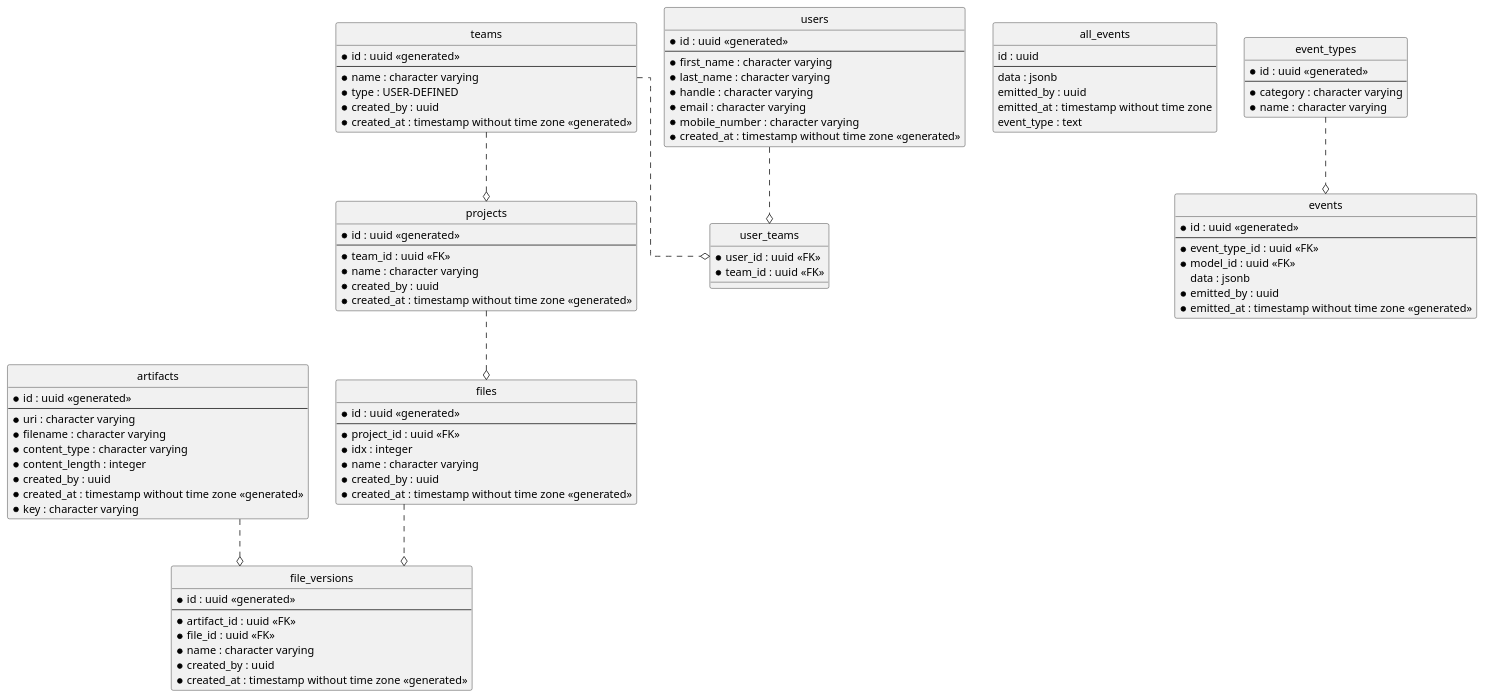
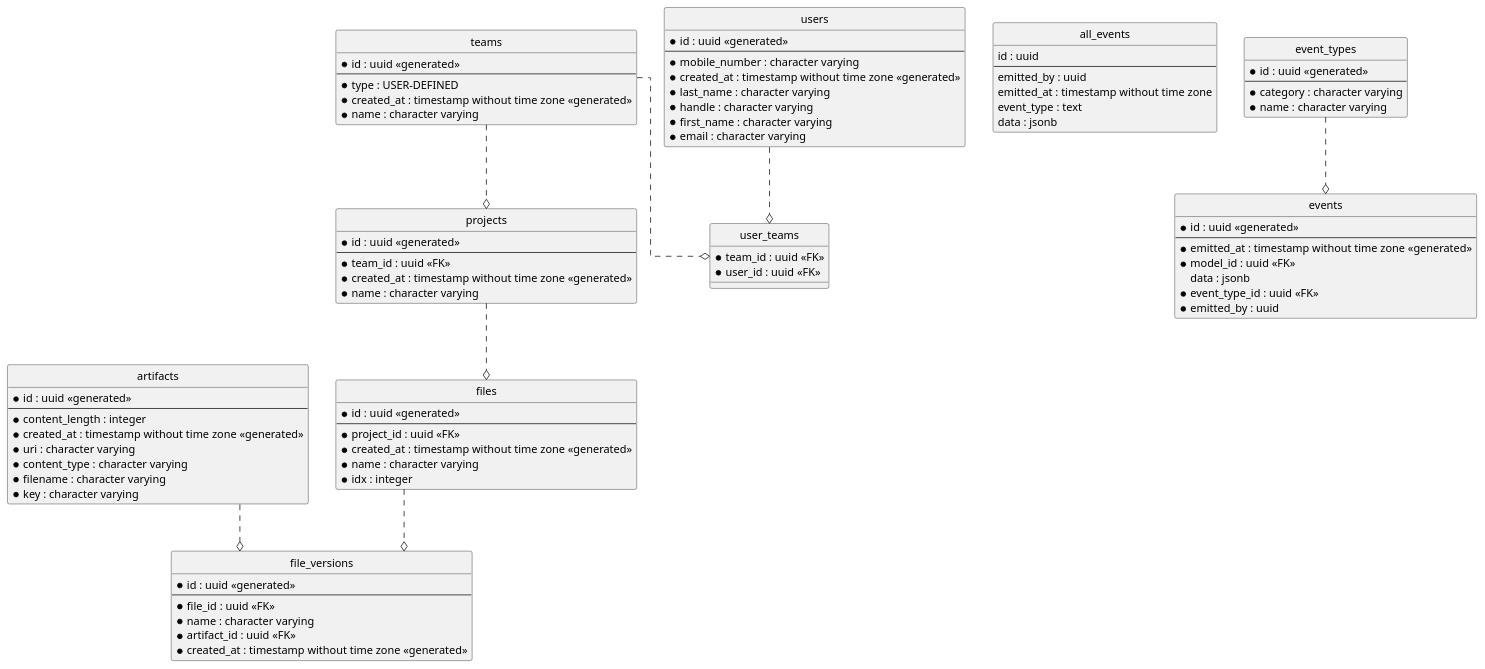
One commit to skuttleman/audiophile changed the diagram in resources/db/erd.puml. Above: the diagram before and after it, drawn with PlantUML. The commit also changed 11 other files, not shown here.

Commit message:
remove created-by tracking column in favor of events.emitted_by

```diff
--- a/resources/db/erd.puml
+++ b/resources/db/erd.puml
@@ -1,105 +1,100 @@
 @startuml
 hide circle
 skinparam linetype ortho
 
 entity "artifacts" as artifacts {
   * id : uuid <<generated>>
   --
+  * content_length : integer
+  * created_at : timestamp without time zone <<generated>>
   * uri : character varying
+  * content_type : character varying
   * filename : character varying
-  * content_type : character varying
-  * content_length : integer
-  * created_by : uuid
-  * created_at : timestamp without time zone <<generated>>
   * key : character varying
 }
 
 entity "teams" as teams {
   * id : uuid <<generated>>
   --
+  * type : USER-DEFINED
+  * created_at : timestamp without time zone <<generated>>
   * name : character varying
-  * type : USER-DEFINED
-  * created_by : uuid
-  * created_at : timestamp without time zone <<generated>>
 }
 
 entity "files" as files {
   * id : uuid <<generated>>
   --
   * project_id : uuid <<FK>>
+  * created_at : timestamp without time zone <<generated>>
+  * name : character varying
   * idx : integer
-  * name : character varying
-  * created_by : uuid
-  * created_at : timestamp without time zone <<generated>>
 }
 
 entity "all_events" as all_events {
   id : uuid
   --
-  data : jsonb
   emitted_by : uuid
   emitted_at : timestamp without time zone
   event_type : text
+  data : jsonb
 }
 
 entity "event_types" as event_types {
   * id : uuid <<generated>>
   --
   * category : character varying
   * name : character varying
 }
 
 entity "users" as users {
   * id : uuid <<generated>>
   --
-  * first_name : character varying
+  * mobile_number : character varying
+  * created_at : timestamp without time zone <<generated>>
   * last_name : character varying
   * handle : character varying
+  * first_name : character varying
   * email : character varying
-  * mobile_number : character varying
-  * created_at : timestamp without time zone <<generated>>
 }
 
 entity "file_versions" as file_versions {
   * id : uuid <<generated>>
   --
-  * artifact_id : uuid <<FK>>
   * file_id : uuid <<FK>>
   * name : character varying
-  * created_by : uuid
+  * artifact_id : uuid <<FK>>
   * created_at : timestamp without time zone <<generated>>
 }
 
 entity "events" as events {
   * id : uuid <<generated>>
   --
-  * event_type_id : uuid <<FK>>
+  * emitted_at : timestamp without time zone <<generated>>
   * model_id : uuid <<FK>>
   data : jsonb
+  * event_type_id : uuid <<FK>>
   * emitted_by : uuid
-  * emitted_at : timestamp without time zone <<generated>>
 }
 
 entity "projects" as projects {
   * id : uuid <<generated>>
   --
   * team_id : uuid <<FK>>
+  * created_at : timestamp without time zone <<generated>>
   * name : character varying
-  * created_by : uuid
-  * created_at : timestamp without time zone <<generated>>
 }
 
 entity "user_teams" as user_teams {
+  * team_id : uuid <<FK>>
   * user_id : uuid <<FK>>
-  * team_id : uuid <<FK>>
 }
 
 projects ..o files
+files ..o file_versions
 artifacts ..o file_versions
-files ..o file_versions
 event_types ..o events
 teams ..o projects
+teams ..o user_teams
 users ..o user_teams
-teams ..o user_teams
 
 @enduml
```
